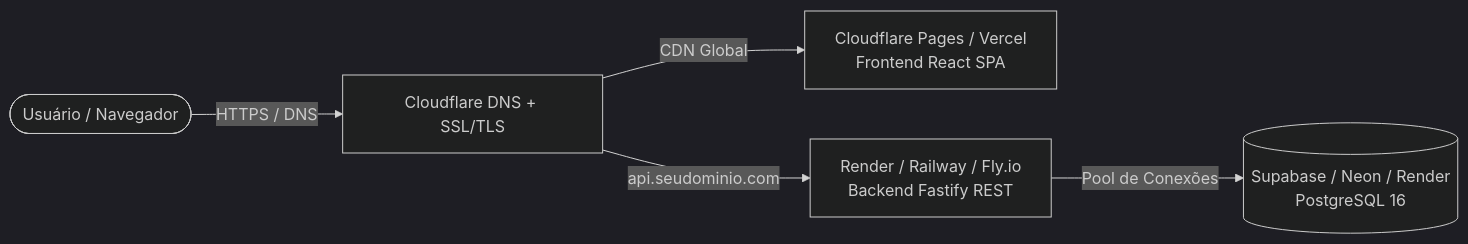
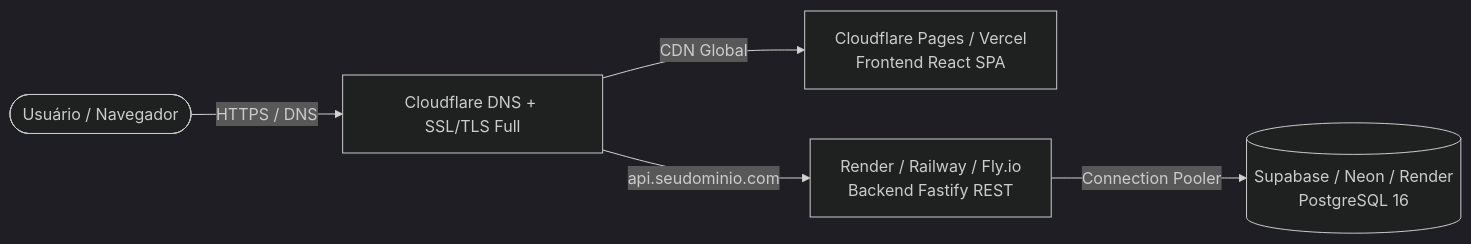
Before and after one commit to gabrielLemke/ProjectManagementSystem: the third of 3 diagrams in README.md, drawn with Mermaid (dark theme). The commit also changed other lines of this file and 2 other files, not shown here.

Commit message:
docs: enrich README with recruiter-level architecture highlights and refine gitignore

````diff
--- a/README.md
+++ b/README.md
@@ -305,7 +355,7 @@
 ```mermaid
 graph LR
-    User([Usuário / Navegador]) -->|HTTPS / DNS| Cloudflare[Cloudflare DNS + SSL/TLS]
+    User([Usuário / Navegador]) -->|HTTPS / DNS| Cloudflare[Cloudflare DNS + SSL/TLS Full]
     Cloudflare -->|CDN Global| Pages[Cloudflare Pages / Vercel<br/>Frontend React SPA]
     Cloudflare -->|api.seudominio.com| WebService[Render / Railway / Fly.io<br/>Backend Fastify REST]
-    WebService -->|Pool de Conexões| CloudDB[(Supabase / Neon / Render<br/>PostgreSQL 16)]
+    WebService -->|Connection Pooler| CloudDB[(Supabase / Neon / Render<br/>PostgreSQL 16)]
 ```
````
